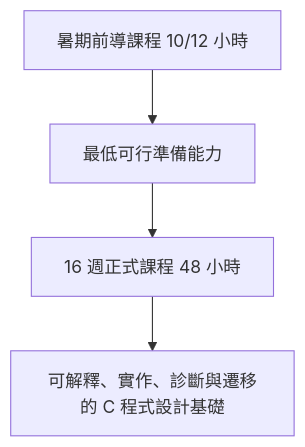
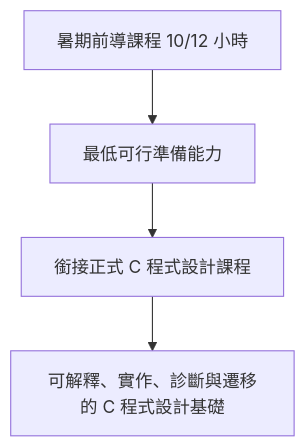
One commit to inred329/summer_pre_course_2026 changed the second of 2 diagrams in design/06-scope-boundary.zh-TW.md. Above: the diagram before and after it, drawn with Mermaid. The commit also changed other lines of this file and 104 other files, not shown here.

````diff
--- a/design/06-scope-boundary.zh-TW.md
+++ b/design/06-scope-boundary.zh-TW.md
@@ -56,6 +60,6 @@
 ```mermaid
 flowchart TD
     PRE[暑期前導課程 10/12 小時] --> READY[最低可行準備能力]
-    READY --> FORMAL[16 週正式課程 48 小時]
+    READY --> FORMAL[銜接正式 C 程式設計課程]
     FORMAL --> FOUNDATION[可解釋、實作、診斷與遷移的 C 程式設計基礎]
 ```
````
